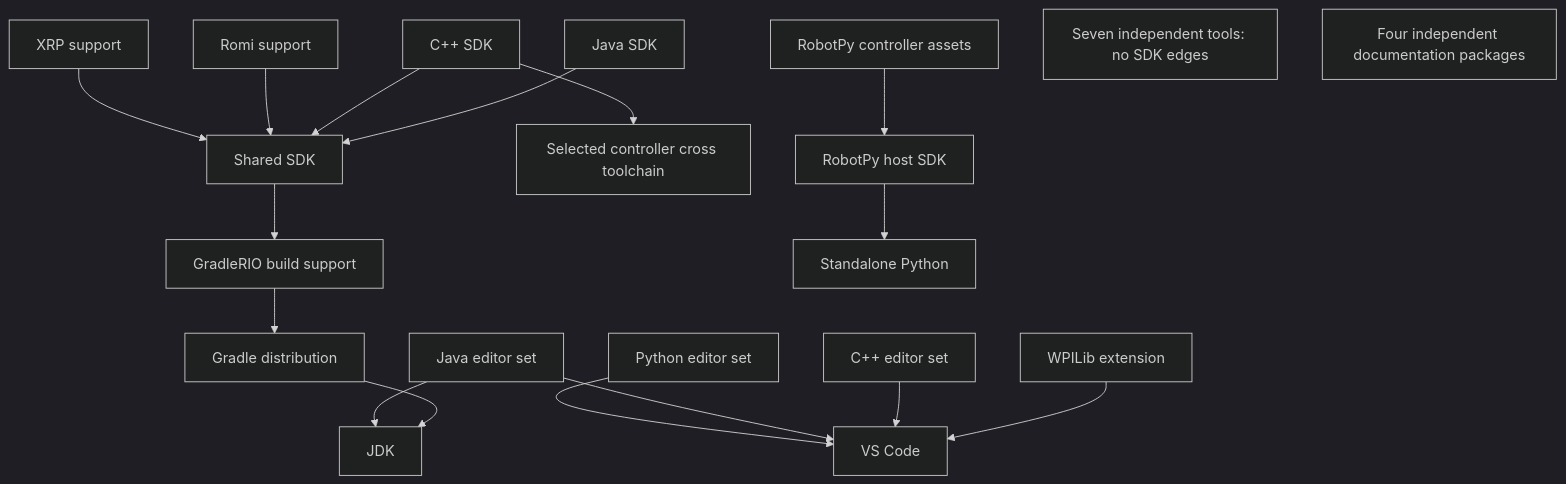
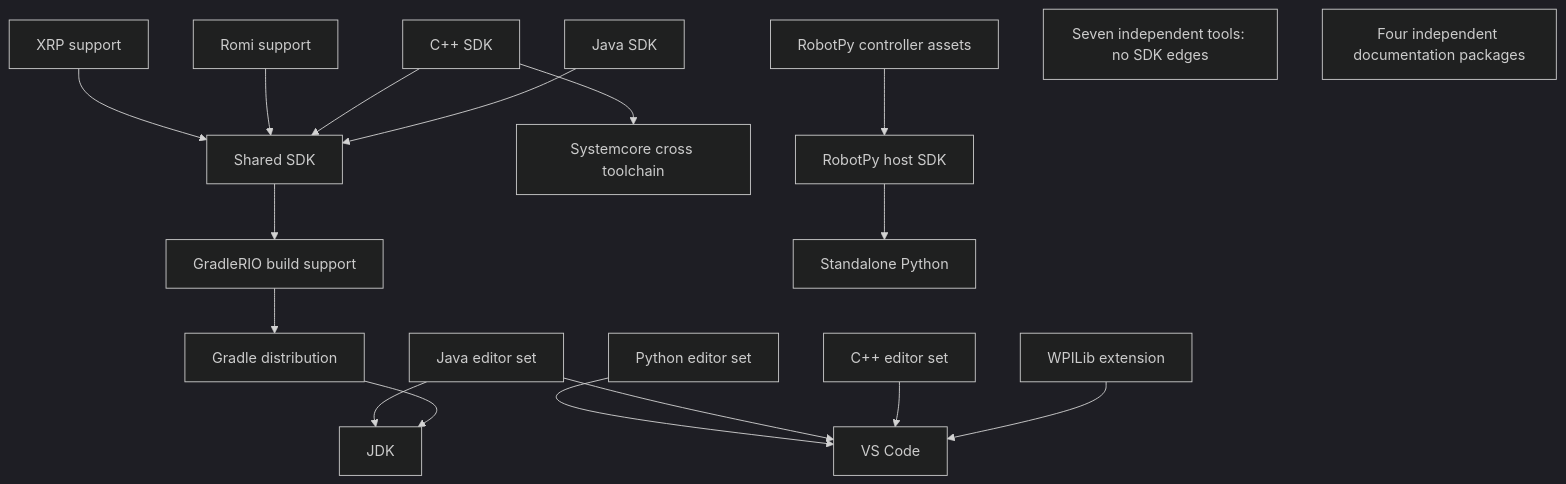
Before and after one commit to PeterJohnson/wpilib-installer: the diagram in docs/package-catalog-review.md, drawn with Mermaid (dark theme). The commit also changed other lines of this file and 2 other files, not shown here.

First line of the commit message:
Scope package catalog to Systemcore controllers

````diff
--- a/docs/package-catalog-review.md
+++ b/docs/package-catalog-review.md
@@ -131,20 +132,20 @@
 ```mermaid
 flowchart TD
   Java[Java SDK] --> Common[Shared SDK]
   Cpp[C++ SDK] --> Common
   Common --> Build[GradleRIO build support]
   Build --> Gradle[Gradle distribution]
   Gradle --> JDK[JDK]
-  Cpp --> Cross[Selected controller cross toolchain]
+  Cpp --> Cross[Systemcore cross toolchain]
   Romi[Romi support] --> Common
   XRP[XRP support] --> Common
   WPIVS[WPILib extension] --> Editor[VS Code]
   CppVS[C++ editor set] --> Editor
   JavaVS[Java editor set] --> Editor
   JavaVS --> JDK
   PyVS[Python editor set] --> Editor
   Deploy[RobotPy controller assets] --> PySDK[RobotPy host SDK]
   PySDK --> Python[Standalone Python]
   Tools[Seven independent tools: no SDK edges]
   Docs[Four independent documentation packages]
 ```
````
